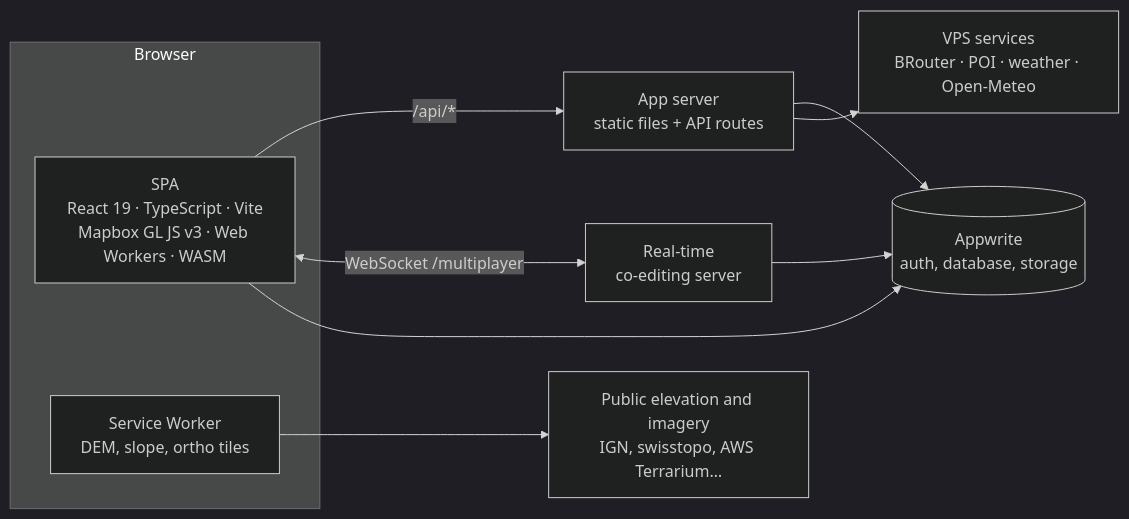
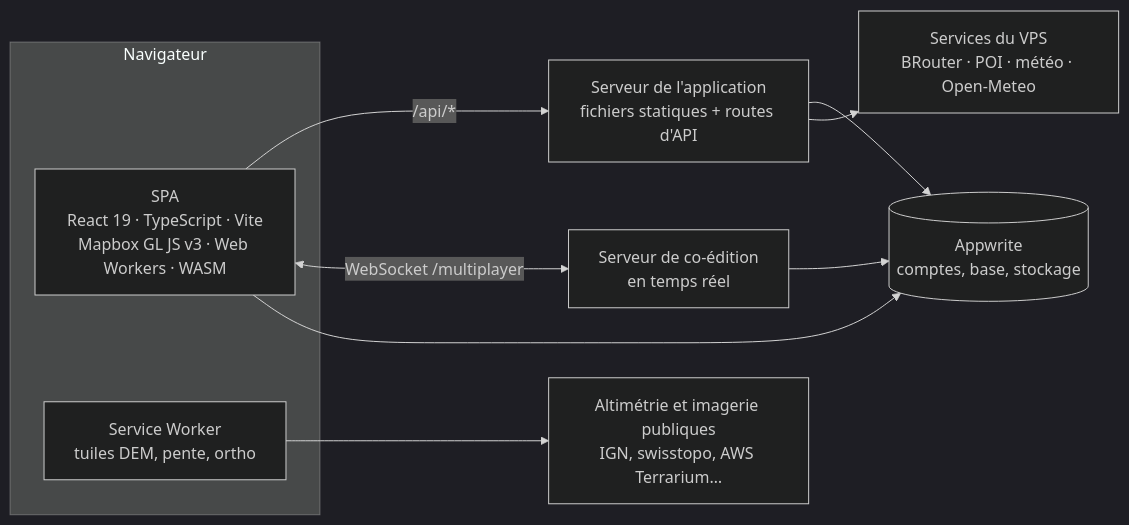
Before and after one commit to RedView-lab/RedView-App: the diagram in README.md, drawn with Mermaid (dark theme). The commit also changed other lines of this file and 11 other files, not shown here.

````diff
--- a/README.md
+++ b/README.md
@@ -59,14 +59,14 @@
 ```mermaid
 flowchart LR
-  subgraph Browser
+  subgraph Navigateur
     SPA["SPA<br/>React 19 · TypeScript · Vite<br/>Mapbox GL JS v3 · Web Workers · WASM"]
-    SW["Service Worker<br/>DEM, slope, ortho tiles"]
+    SW["Service Worker<br/>tuiles DEM, pente, ortho"]
   end
-  SPA -->|/api/*| API["App server<br/>static files + API routes"]
-  SPA <-->|WebSocket /multiplayer| MP["Real-time<br/>co-editing server"]
-  SPA --> AW[("Appwrite<br/>auth, database, storage")]
+  SPA -->|/api/*| API["Serveur de l'application<br/>fichiers statiques + routes d'API"]
+  SPA <-->|WebSocket /multiplayer| MP["Serveur de co-édition<br/>en temps réel"]
+  SPA --> AW[("Appwrite<br/>comptes, base, stockage")]
   API --> AW
   MP --> AW
-  API --> VPS["VPS services<br/>BRouter · POI · weather · Open-Meteo"]
-  SW --> GEO["Public elevation and imagery<br/>IGN, swisstopo, AWS Terrarium…"]
+  API --> VPS["Services du VPS<br/>BRouter · POI · météo · Open-Meteo"]
+  SW --> GEO["Altimétrie et imagerie publiques<br/>IGN, swisstopo, AWS Terrarium…"]
 ```
````
